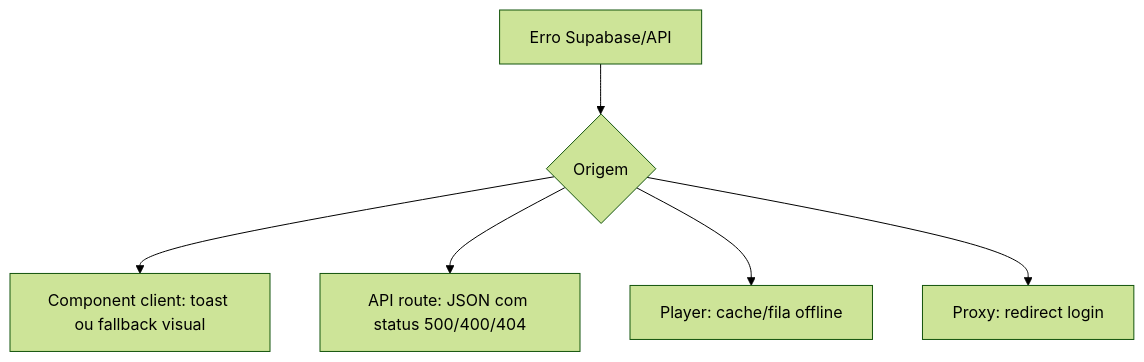
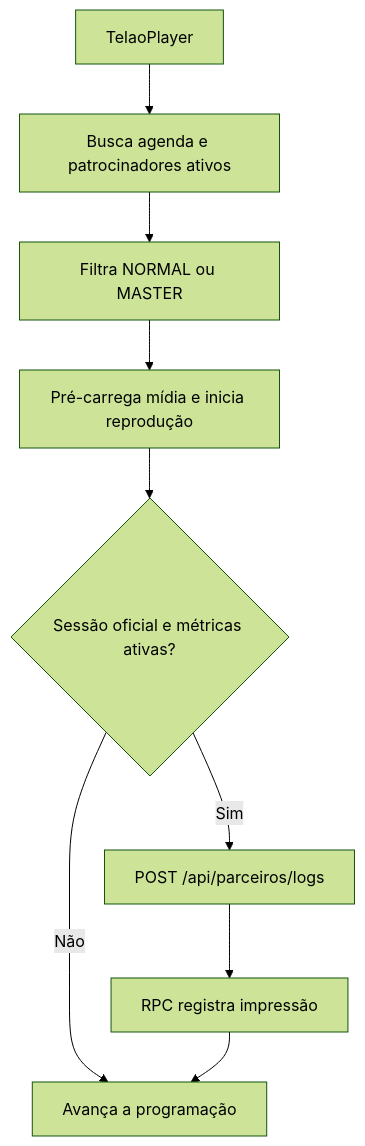
Before and after one commit to victorpessoa-dev/telao-online: the third of 4 diagrams in docs/fluxos.md, drawn with Mermaid (forest theme). The commit also changed other lines of this file and 13 other files, not shown here.

````diff
--- a/docs/fluxos.md
+++ b/docs/fluxos.md
@@ -74,8 +31,11 @@
 ```mermaid
 flowchart TD
-  A[Erro Supabase/API] --> B{Origem}
-  B --> C[Component client: toast ou fallback visual]
-  B --> D[API route: JSON com status 500/400/404]
-  B --> E[Player: cache/fila offline]
-  B --> F[Proxy: redirect login]
+  A[TelaoPlayer] --> B[Busca agenda e patrocinadores ativos]
+  B --> C[Filtra NORMAL ou MASTER]
+  C --> D[Pré-carrega mídia e inicia reprodução]
+  D --> E{Sessão oficial e métricas ativas?}
+  E -- Sim --> F[POST /api/parceiros/logs]
+  F --> G[RPC registra impressão]
+  E -- Não --> H[Avança a programação]
+  G --> H
 ```
````
